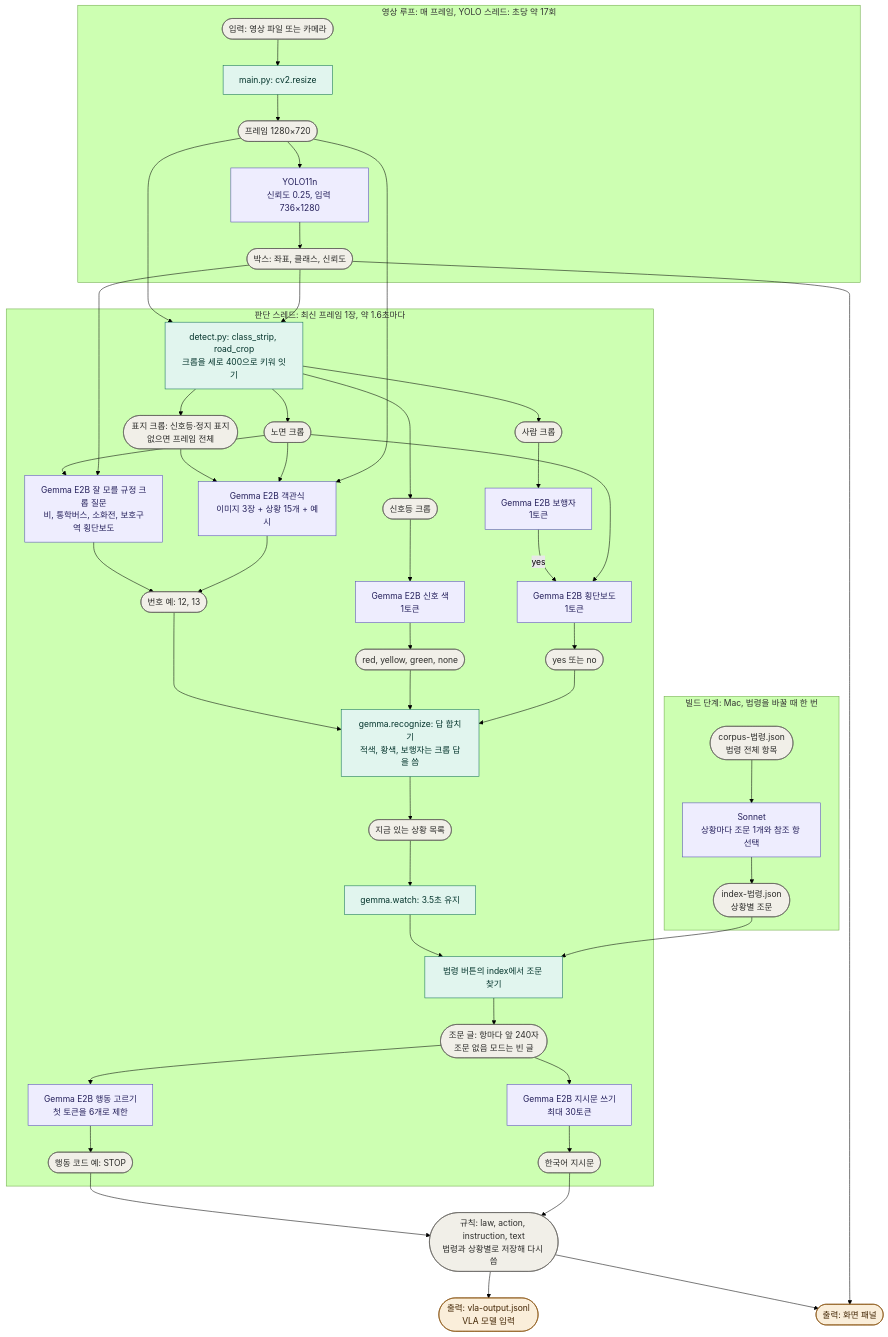
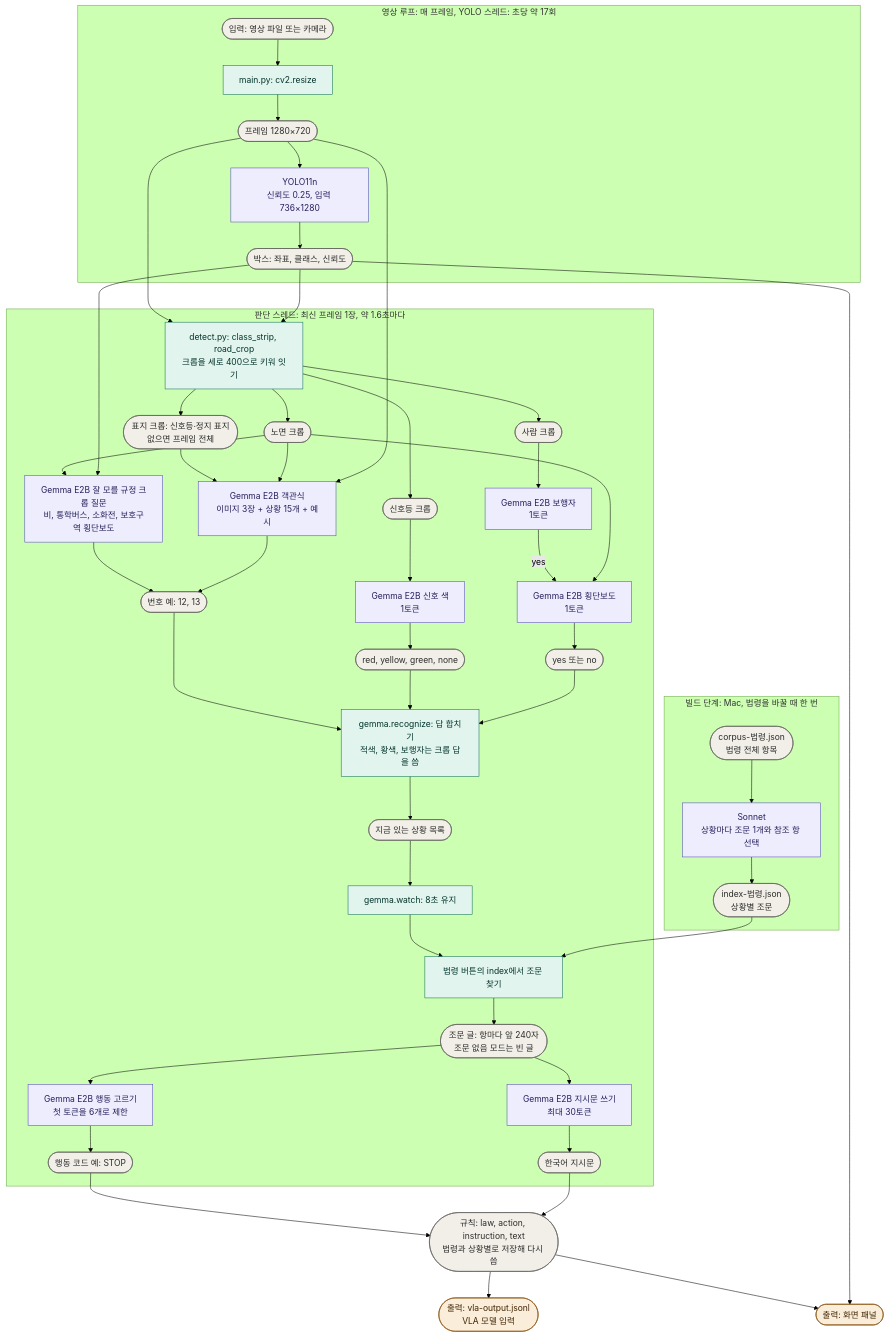
Before and after one commit to Nedian0Brien/Vision-LLM-202035152: the diagram in Project03/README.md, drawn with Mermaid (forest theme). The commit also changed other lines of this file and 3 other files, not shown here.

````diff
--- a/Project03/README.md
+++ b/Project03/README.md
@@ -15,61 +15,61 @@
 ```mermaid
 flowchart TD
   subgraph S0["빌드 단계: Mac, 법령을 바꿀 때 한 번"]
     C0(["corpus-법령.json<br/>법령 전체 항목"]):::data --> C1["Sonnet<br/>상황마다 조문 1개와 참조 항 선택"]:::model
     C1 --> IDX(["index-법령.json<br/>상황별 조문"]):::data
   end
   subgraph S1["영상 루프: 매 프레임, YOLO 스레드: 초당 약 17회"]
     IN(["입력: 영상 파일 또는 카메라"]):::data --> RS["main.py: cv2.resize"]:::code
     RS --> FR(["프레임 1280×720"]):::data
     FR --> Y["YOLO11n<br/>신뢰도 0.25, 입력 736×1280"]:::model
     Y --> BX(["박스: 좌표, 클래스, 신뢰도"]):::data
   end
   subgraph S2["판단 스레드: 최신 프레임 1장, 약 1.6초마다"]
     CP["detect.py: class_strip, road_crop<br/>크롭을 세로 400으로 키워 잇기"]:::code
     CP --> IA(["표지 크롭: 신호등·정지 표지<br/>없으면 프레임 전체"]):::data
     CP --> IB(["신호등 크롭"]):::data
     CP --> IC(["사람 크롭"]):::data
     CP --> ID(["노면 크롭"]):::data
     G1["Gemma E2B 객관식<br/>이미지 3장 + 상황 15개 + 예시"]:::model
     G2["Gemma E2B 신호 색<br/>1토큰"]:::model
     G3["Gemma E2B 보행자<br/>1토큰"]:::model
     G4["Gemma E2B 횡단보도<br/>1토큰"]:::model
     G5["Gemma E2B 잘 모를 규정 크롭 질문<br/>비, 통학버스, 소화전, 보호구역 횡단보도"]:::model
     IA --> G1
     ID --> G1
     IB --> G2
     IC --> G3
     G3 -- "yes" --> G4
     ID --> G4
     ID --> G5
     BX --> G5
     G5 --> A1
     G1 --> A1(["번호 예: 12, 13"]):::data
     G2 --> A2(["red, yellow, green, none"]):::data
     G4 --> A3(["yes 또는 no"]):::data
     A1 --> MG["gemma.recognize: 답 합치기<br/>적색, 황색, 보행자는 크롭 답을 씀"]:::code
     A2 --> MG
     A3 --> MG
     MG --> FD(["지금 있는 상황 목록"]):::data
-    FD --> HD["gemma.watch: 3.5초 유지"]:::code
+    FD --> HD["gemma.watch: 8초 유지"]:::code
     HD --> LK["법령 버튼의 index에서 조문 찾기"]:::code
     LK --> TX(["조문 글: 항마다 앞 240자<br/>조문 없음 모드는 빈 글"]):::data
     TX --> R1["Gemma E2B 행동 고르기<br/>첫 토큰을 6개로 제한"]:::model
     TX --> R2["Gemma E2B 지시문 쓰기<br/>최대 30토큰"]:::model
     R1 --> AC(["행동 코드 예: STOP"]):::data
     R2 --> IS(["한국어 지시문"]):::data
   end
   AC --> RL(["규칙: law, action, instruction, text<br/>법령과 상황별로 저장해 다시 씀"]):::data
   IS --> RL
   RL --> O1(["출력: vla-output.jsonl<br/>VLA 모델 입력"]):::out
   RL --> O2(["출력: 화면 패널"]):::out
   BX --> O2
   FR --> G1
   FR --> CP
   BX --> CP
   IDX --> LK
   classDef model fill:#EEEDFE,stroke:#534AB7,color:#26215C
   classDef code fill:#E1F5EE,stroke:#0F6E56,color:#04342C
   classDef data fill:#F1EFE8,stroke:#5F5E5A,color:#2C2C2A
   classDef out fill:#FAEEDA,stroke:#854F0B,color:#412402
 ```
````
